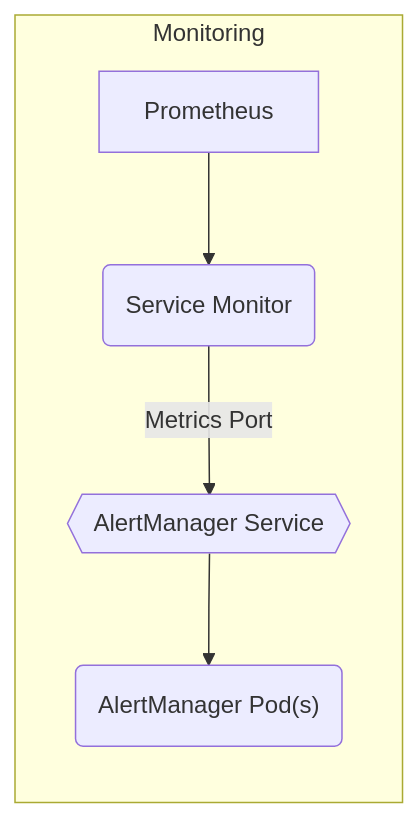
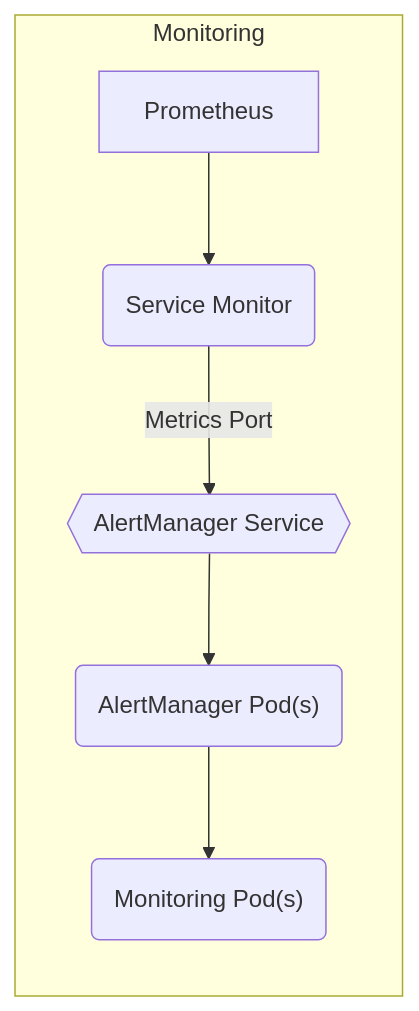
One commit to sbko/bigbang changed the diagram in charter/packages/monitoring/Architecture.md. Above: the diagram before and after it, drawn with Mermaid.

Commit message:
monitoring architecture

````diff
--- a/charter/packages/monitoring/Architecture.md
+++ b/charter/packages/monitoring/Architecture.md
@@ -12,12 +12,12 @@
  ```mermaid
 graph LR
   subgraph "Monitoring"
-    alertmanagerpods("AlertManager Pod(s)")
+    alertmanagerpods("AlertManager Pod(s)") --> monitoringpods("Monitoring Pod(s)")
     alertmanagerservice{{AlertManager Service}} --> alertmanagerpods("AlertManager Pod(s)")
     alertmanagersvcmonitor("Service Monitor") --"Metrics Port"--> alertmanagerservice
     Prometheus --> alertmanagersvcmonitor("Service Monitor")
 
     
   end
   
 ```   
````
